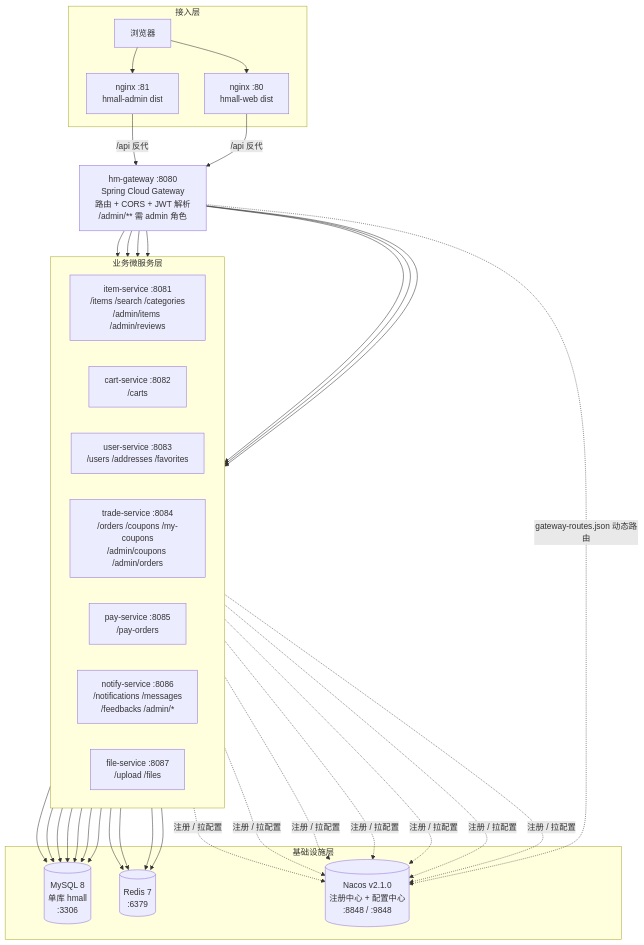
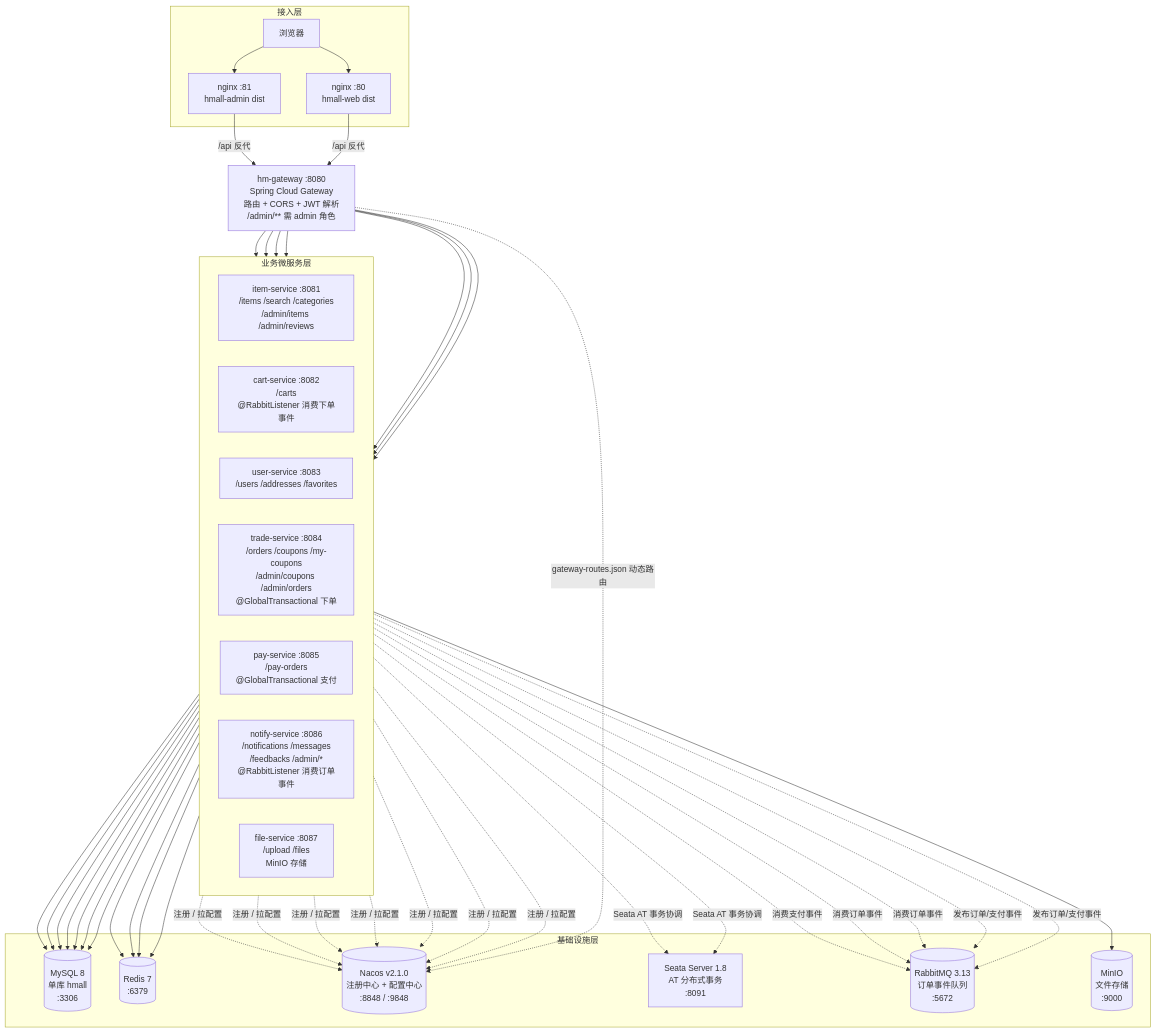
Before and after one commit to 3219378872/web-dev-experiment: the first of 2 diagrams in docs/structure/01-system-architecture.md, drawn with Mermaid. The commit also changed other lines of this file and 4 other files, not shown here.

First line of the commit message:
docs: update structure diagrams for Seata/RabbitMQ/MinIO integration

````diff
--- a/docs/structure/01-system-architecture.md
+++ b/docs/structure/01-system-architecture.md
@@ -8,39 +9,48 @@
 ```mermaid
 flowchart TB
     subgraph L1[接入层]
         Browser[浏览器]
         WebNginx[nginx :80<br/>hmall-web dist]
         AdminNginx[nginx :81<br/>hmall-admin dist]
     end
 
     GW["hm-gateway :8080<br/>Spring Cloud Gateway<br/>路由 + CORS + JWT 解析<br/>/admin/** 需 admin 角色"]
 
     subgraph L3[业务微服务层]
         direction LR
         IS["item-service :8081<br/>/items /search /categories<br/>/admin/items /admin/reviews"]
-        CS["cart-service :8082<br/>/carts"]
+        CS["cart-service :8082<br/>/carts<br/>@RabbitListener 消费下单事件"]
         US["user-service :8083<br/>/users /addresses /favorites"]
-        TS["trade-service :8084<br/>/orders /coupons /my-coupons<br/>/admin/coupons /admin/orders"]
-        PS["pay-service :8085<br/>/pay-orders"]
-        NS["notify-service :8086<br/>/notifications /messages<br/>/feedbacks /admin/*"]
-        FS["file-service :8087<br/>/upload /files"]
+        TS["trade-service :8084<br/>/orders /coupons /my-coupons<br/>/admin/coupons /admin/orders<br/>@GlobalTransactional 下单"]
+        PS["pay-service :8085<br/>/pay-orders<br/>@GlobalTransactional 支付"]
+        NS["notify-service :8086<br/>/notifications /messages<br/>/feedbacks /admin/*<br/>@RabbitListener 消费订单事件"]
+        FS["file-service :8087<br/>/upload /files<br/>MinIO 存储"]
     end
 
     subgraph L4[基础设施层]
         DB[("MySQL 8<br/>单库 hmall<br/>:3306")]
         Redis[("Redis 7<br/>:6379")]
         Nacos[("Nacos v2.1.0<br/>注册中心 + 配置中心<br/>:8848 / :9848")]
+        Seata["Seata Server 1.8<br/>AT 分布式事务<br/>:8091"]
+        RabbitMQ[("RabbitMQ 3.13<br/>订单事件队列<br/>:5672")]
+        MinIO[("MinIO<br/>文件存储<br/>:9000")]
     end
 
     Browser --> WebNginx
     Browser --> AdminNginx
     WebNginx -- "/api 反代" --> GW
     AdminNginx -- "/api 反代" --> GW
 
     GW --> IS & CS & US & TS & PS & NS & FS
 
     IS & CS & US & TS & PS & NS & FS --> DB
     IS & CS & US & TS --> Redis
     IS & CS & US & TS & PS & NS & FS -. "注册 / 拉配置" .-> Nacos
     GW -. "gateway-routes.json 动态路由" .-> Nacos
+
+    TS & PS -. "Seata AT 事务协调" .-> Seata
+    TS & PS -. "发布订单/支付事件" .-> RabbitMQ
+    CS & NS -. "消费订单事件" .-> RabbitMQ
+    TS -. "消费支付事件" .-> RabbitMQ
+    FS --> MinIO
 ```
````
